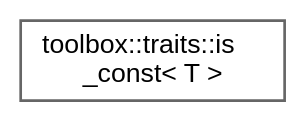
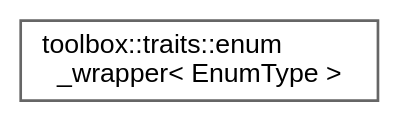
One commit to nerdneilsfield/cpp-toolbox changed the diagram in inherit_graph_43.dot. Above: the diagram before and after it, drawn with Graphviz. The commit also changed 225 other files, not shown here.

```diff
--- a/inherit_graph_43.dot
+++ b/inherit_graph_43.dot
@@ -1,9 +1,9 @@
 digraph "Graphical Class Hierarchy"
 {
  // LATEX_PDF_SIZE
   bgcolor="transparent";
   edge [fontname=Helvetica,fontsize=10,labelfontname=Helvetica,labelfontsize=10];
   node [fontname=Helvetica,fontsize=10,shape=box,height=0.2,width=0.4];
   rankdir="LR";
-  Node0 [id="Node000000",label="toolbox::traits::is\l_const\< T \>",height=0.2,width=0.4,color="grey40", fillcolor="white", style="filled",URL="$structtoolbox_1_1traits_1_1is__const.html",tooltip="检查类型是否为const限定/Check if type is const-qualified"];
+  Node0 [id="Node000000",label="toolbox::traits::enum\l_wrapper\< EnumType \>",height=0.2,width=0.4,color="grey40", fillcolor="white", style="filled",URL="$classtoolbox_1_1traits_1_1enum__wrapper.html",tooltip="类型安全的枚举包装器/Type-safe enum wrapper"];
 }
```
